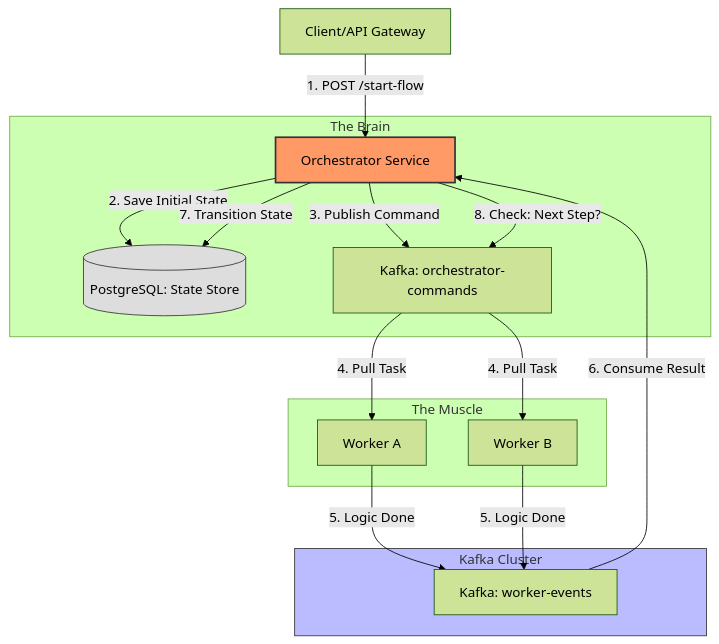
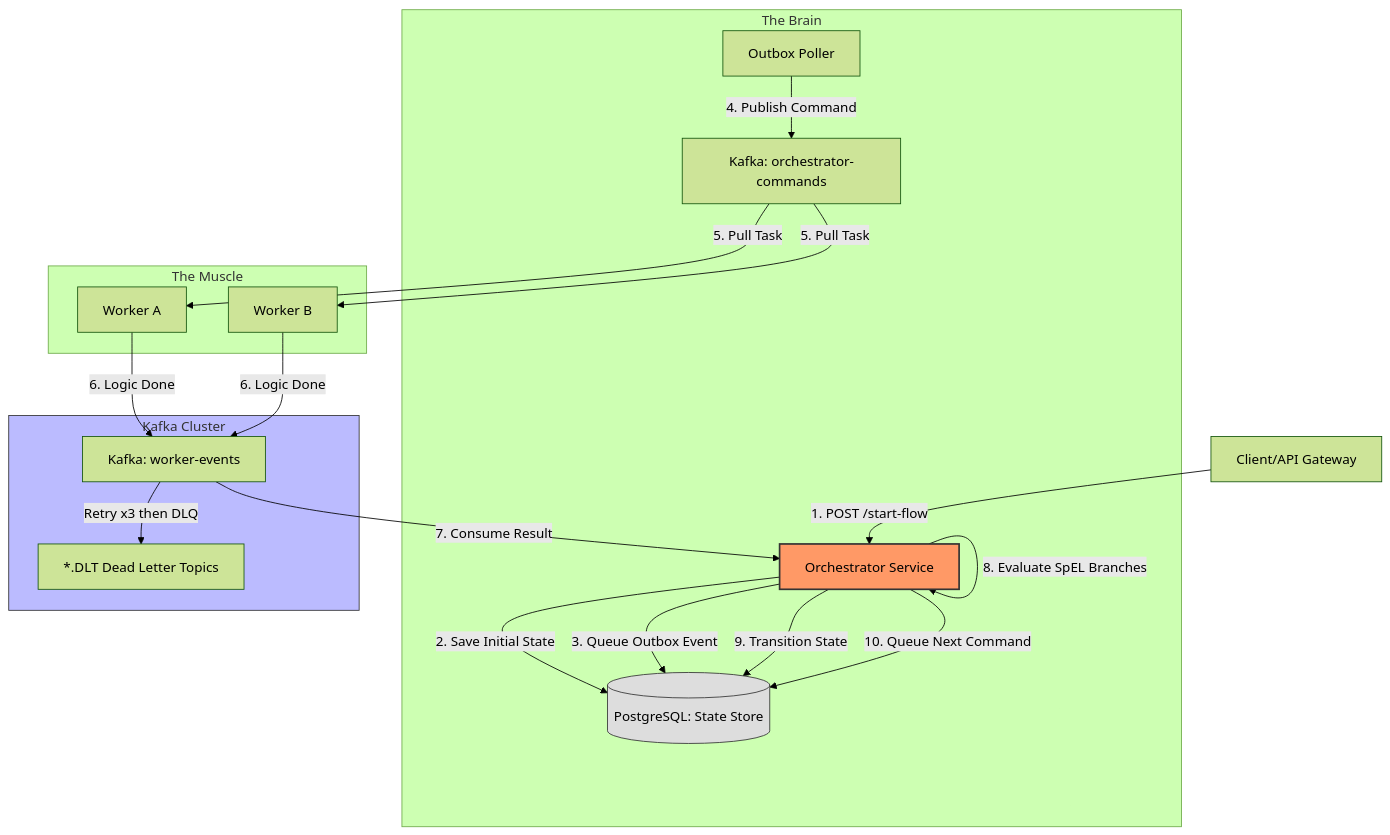
Before and after one commit to danielihazkel/event-driven-bpm: the diagram in prd.md, drawn with Mermaid (forest theme). The commit also changed other lines of this file and 10 other files, not shown here.

First line of the commit message:
add conditional transitions (Phase 6) and example flow seeding

````diff
--- a/prd.md
+++ b/prd.md
@@ -91,36 +155,41 @@
 ```mermaid
 graph TD
     %% External Entry
     Client[Client/API Gateway] -->|1. POST /start-flow| Orch[Orchestrator Service]
 
     %% Orchestrator Internals
     subgraph Orchestrator_Logic [The Brain]
         Orch -->|2. Save Initial State| DB[(PostgreSQL: State Store)]
-        Orch -->|3. Publish Command| K_Cmd[Kafka: orchestrator-commands]
+        Orch -->|3. Queue Outbox Event| DB
+        Outbox[Outbox Poller] -->|4. Publish Command| K_Cmd[Kafka: orchestrator-commands]
     end
 
     %% Event Bus Layer
     subgraph Message_Broker [Kafka Cluster]
         K_Cmd
         K_Evt[Kafka: worker-events]
+        DLQ[*.DLT Dead Letter Topics]
     end
 
     %% Worker Layer
     subgraph Worker_Services [The Muscle]
-        K_Cmd -->|4. Pull Task| W1[Worker A]
-        K_Cmd -->|4. Pull Task| W2[Worker B]
-        W1 -->|5. Logic Done| K_Evt
-        W2 -->|5. Logic Done| K_Evt
+        K_Cmd -->|5. Pull Task| W1[Worker A]
+        K_Cmd -->|5. Pull Task| W2[Worker B]
+        W1 -->|6. Logic Done| K_Evt
+        W2 -->|6. Logic Done| K_Evt
     end
 
     %% Closing the Loop
-    K_Evt -->|6. Consume Result| Orch
-    Orch -->|7. Transition State| DB
-    Orch -->|8. Check: Next Step?| K_Cmd
+    K_Evt -->|7. Consume Result| Orch
+    Orch -->|8. Evaluate SpEL Branches| Orch
+    Orch -->|9. Transition State| DB
+    Orch -->|10. Queue Next Command| DB
+
+    %% Error path
+    K_Evt -->|Retry x3 then DLQ| DLQ
 
     %% Styling
     style Orch fill:#f96,stroke:#333,stroke-width:2px
     style DB fill:#ddd,stroke:#333
     style Message_Broker fill:#bbf,stroke:#333
-
 ```
````
